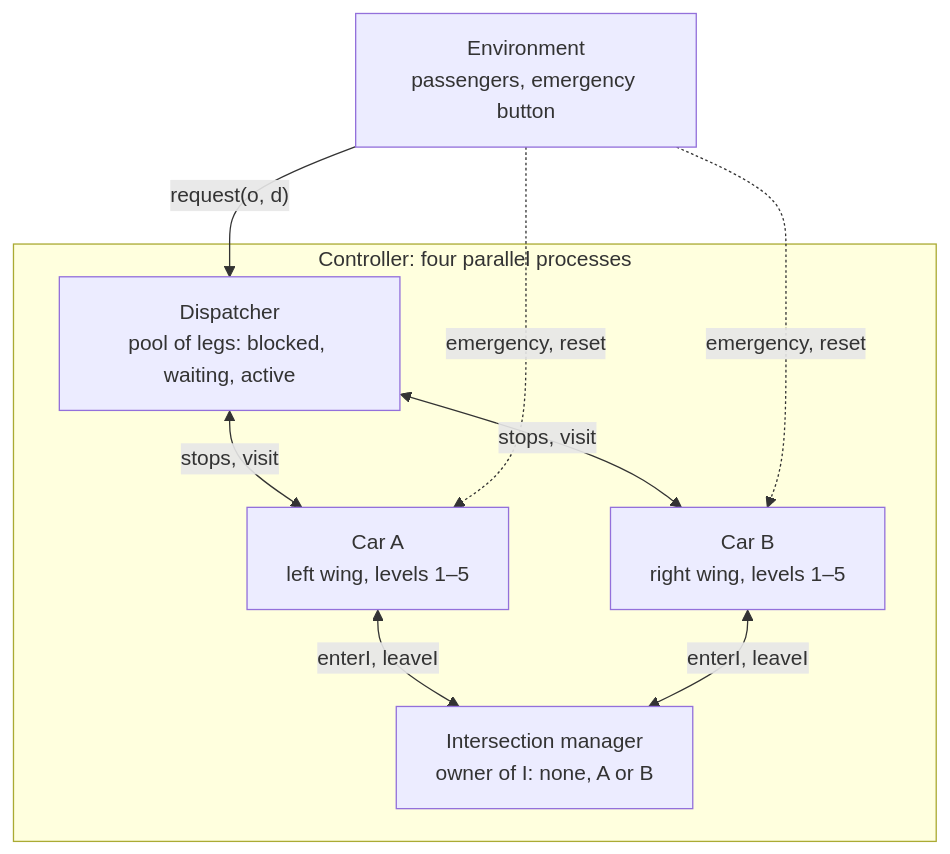
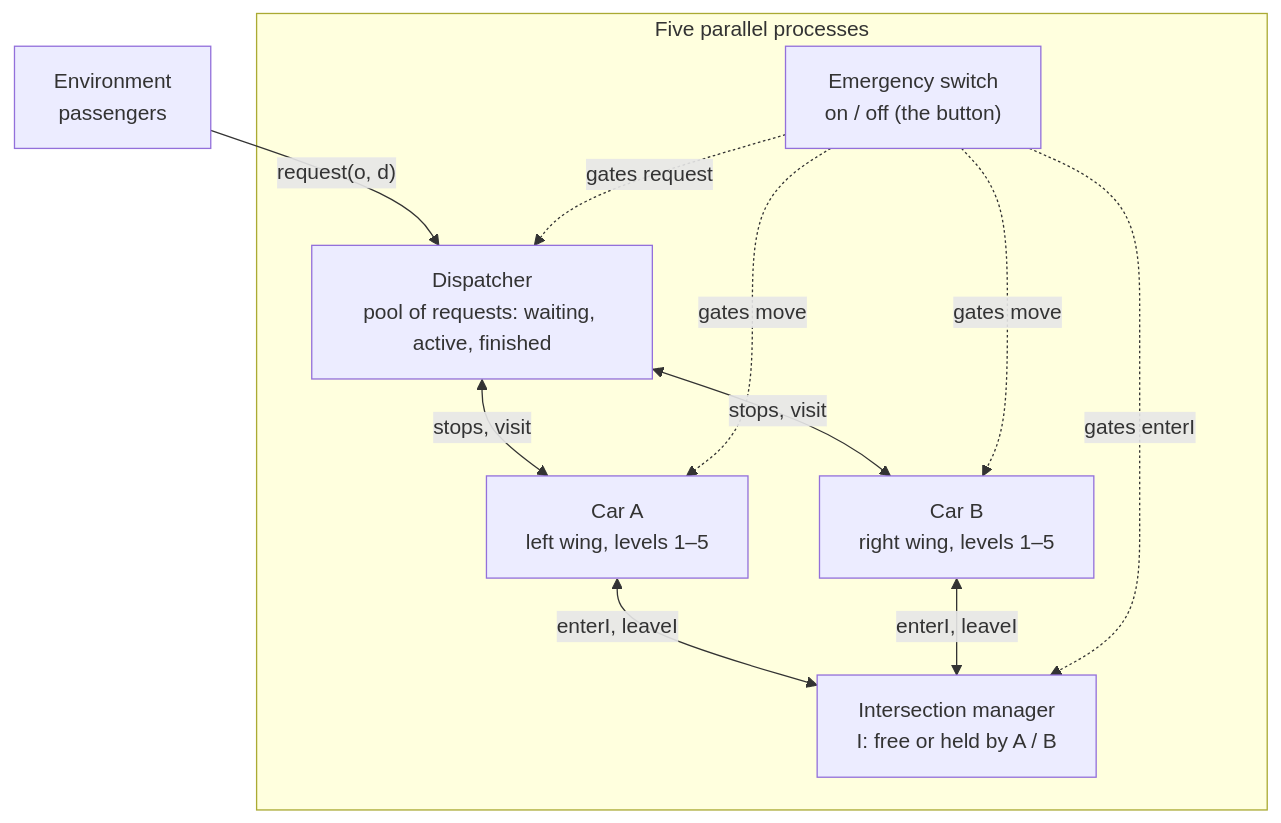
The diagram in docs/design.md (teodorkrajc/sysval_mCRL2_project), drawn with Mermaid before and after one commit. The commit also changed other lines of this file and 7 other files, not shown here.

````diff
--- a/docs/design.md
+++ b/docs/design.md
@@ -37,17 +42,20 @@
 ```mermaid
 flowchart TB
-    Env["Environment<br/>passengers, emergency button"]
-    subgraph Controller["Controller: four parallel processes"]
-        D["Dispatcher<br/>pool of legs: blocked, waiting, active"]
+    Env["Environment<br/>passengers"]
+    subgraph Controller["Five parallel processes"]
+        D["Dispatcher<br/>pool of requests: waiting, active, finished"]
         CA["Car A<br/>left wing, levels 1–5"]
         CB["Car B<br/>right wing, levels 1–5"]
-        IM["Intersection manager<br/>owner of I: none, A or B"]
+        IM["Intersection manager<br/>I: free or held by A / B"]
+        ES["Emergency switch<br/>on / off (the button)"]
     end
     Env -->|"request(o, d)"| D
     D <-->|"stops, visit"| CA
     D <-->|"stops, visit"| CB
     CA <-->|"enterI, leaveI"| IM
     CB <-->|"enterI, leaveI"| IM
-    Env -.->|"emergency, reset"| CA
-    Env -.->|"emergency, reset"| CB
+    ES -.->|"gates move"| CA
+    ES -.->|"gates move"| CB
+    ES -.->|"gates request"| D
+    ES -.->|"gates enterI"| IM
 ```
````
